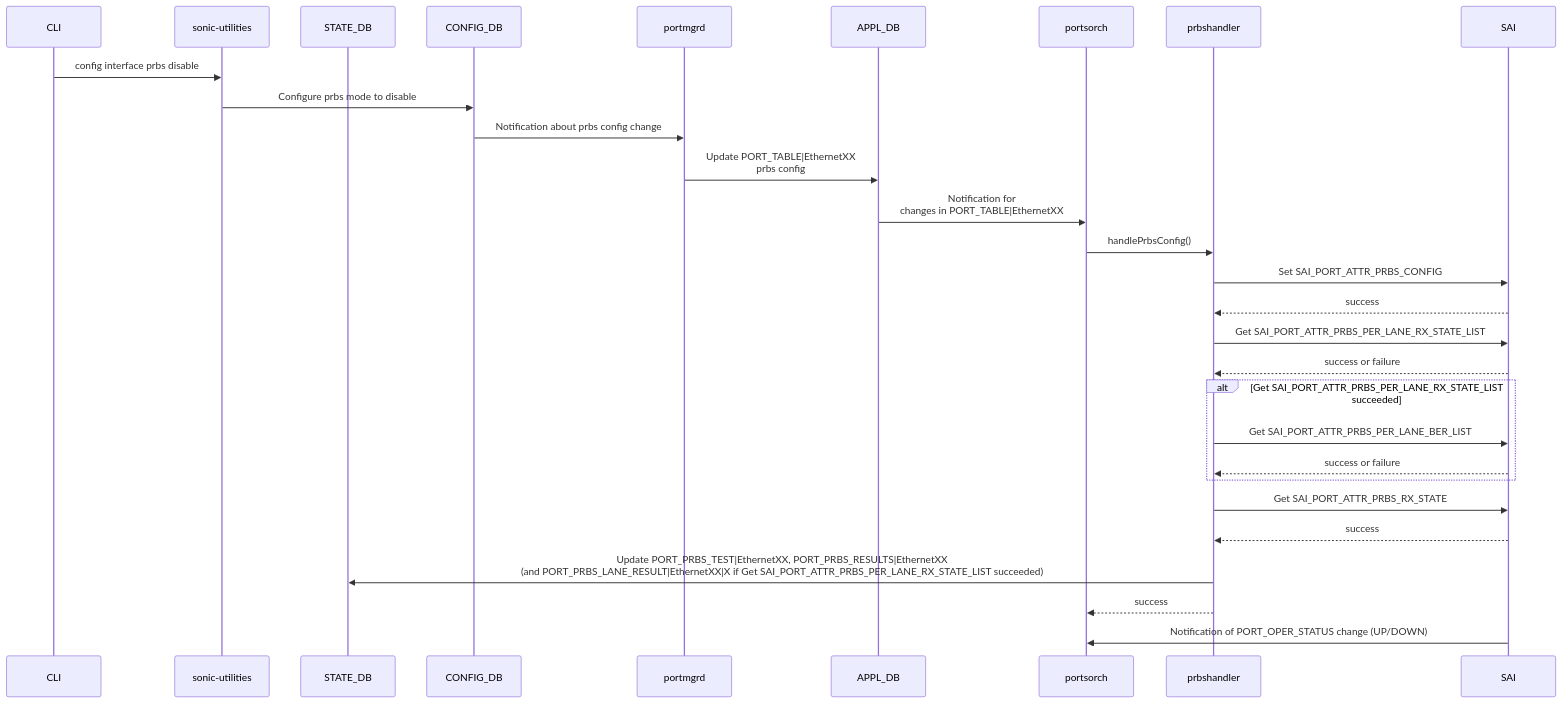
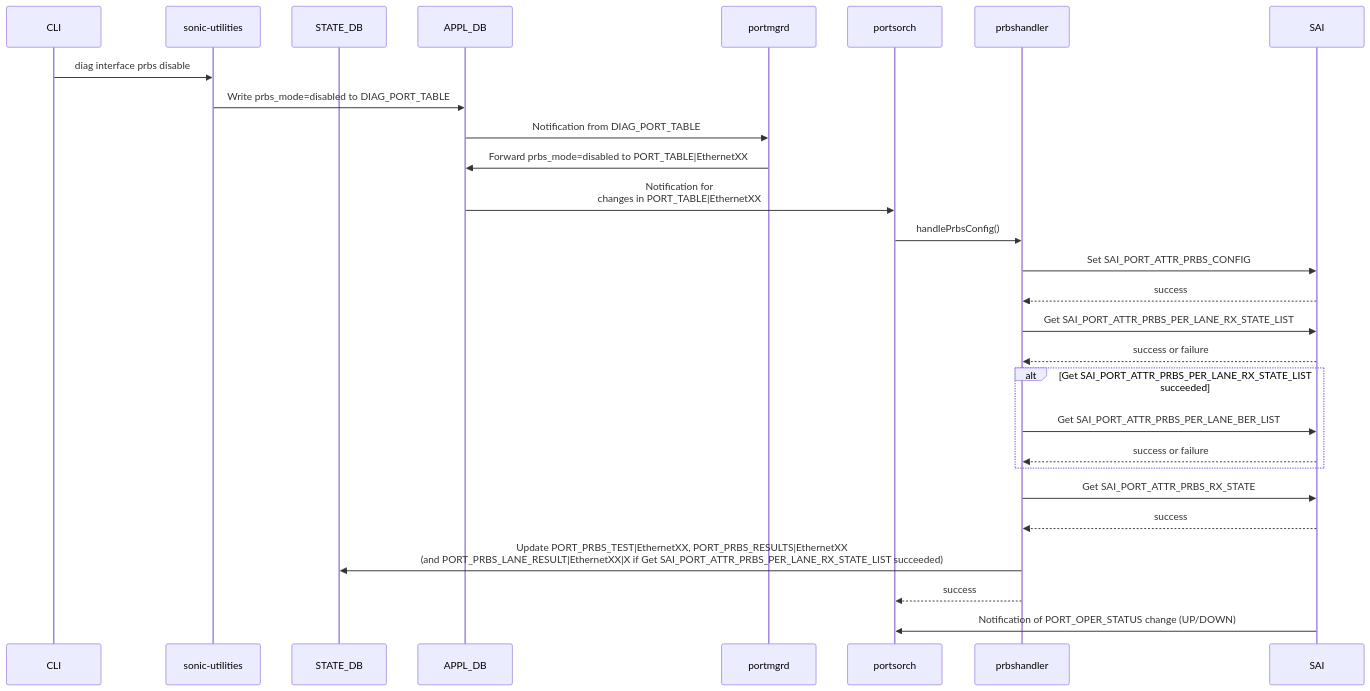
Before and after one commit to sonic-net/SONiC: the fourth of 5 diagrams in doc/prbs/PRBS_Per_Lane_HLD.md, drawn with Mermaid. The commit also changed other lines of this file and 1 other file, not shown here.

First line of the commit message:
Update PRBS HLD to use diag CLI

````diff
--- a/doc/prbs/PRBS_Per_Lane_HLD.md
+++ b/doc/prbs/PRBS_Per_Lane_HLD.md
@@ -465,35 +455,34 @@
 ```mermaid
 sequenceDiagram
     participant CLI
     participant sonic-utilities
     participant STATE_DB
-    participant CONFIG_DB
+    participant APPL_DB
     participant portmgrd
-    participant APPL_DB
     participant portsorch
     participant prbshandler
 
-    CLI->>sonic-utilities: config interface prbs disable
-    sonic-utilities->>CONFIG_DB: Configure prbs mode to disable
+    CLI->>sonic-utilities: diag interface prbs disable
+    sonic-utilities->>APPL_DB: Write prbs_mode=disabled to DIAG_PORT_TABLE
 
-    CONFIG_DB->>portmgrd: Notification about prbs config change
+    APPL_DB->>portmgrd: Notification from DIAG_PORT_TABLE
 
-    portmgrd->>APPL_DB: Update PORT_TABLE|EthernetXX <br/> prbs config
+    portmgrd->>APPL_DB: Forward prbs_mode=disabled to PORT_TABLE|EthernetXX
     APPL_DB->>portsorch: Notification for <br/> changes in PORT_TABLE|EthernetXX
 
     portsorch->>prbshandler: handlePrbsConfig()
     prbshandler->>SAI: Set SAI_PORT_ATTR_PRBS_CONFIG
     SAI-->>prbshandler: success
     prbshandler->>SAI: Get SAI_PORT_ATTR_PRBS_PER_LANE_RX_STATE_LIST
     SAI-->>prbshandler: success or failure
     alt Get SAI_PORT_ATTR_PRBS_PER_LANE_RX_STATE_LIST succeeded
         prbshandler->>SAI: Get SAI_PORT_ATTR_PRBS_PER_LANE_BER_LIST
         SAI-->>prbshandler: success or failure
     end
     prbshandler->>SAI: Get SAI_PORT_ATTR_PRBS_RX_STATE
     SAI-->>prbshandler: success
     prbshandler->>STATE_DB: Update PORT_PRBS_TEST|EthernetXX, PORT_PRBS_RESULTS|EthernetXX <br/> (and PORT_PRBS_LANE_RESULT|EthernetXX|X if Get SAI_PORT_ATTR_PRBS_PER_LANE_RX_STATE_LIST succeeded)
     prbshandler-->>portsorch: success
 
     SAI->>portsorch: Notification of PORT_OPER_STATUS change (UP/DOWN)
 ```
````
